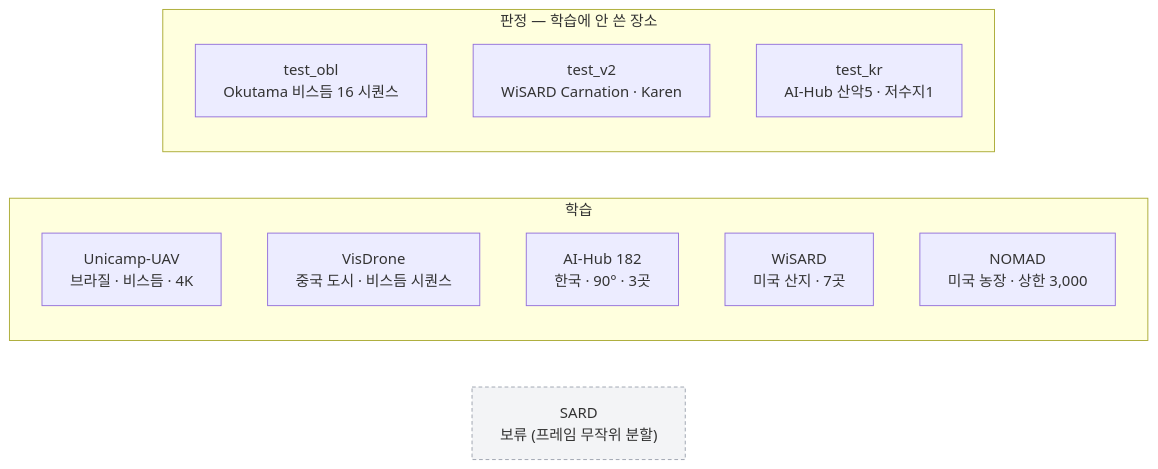
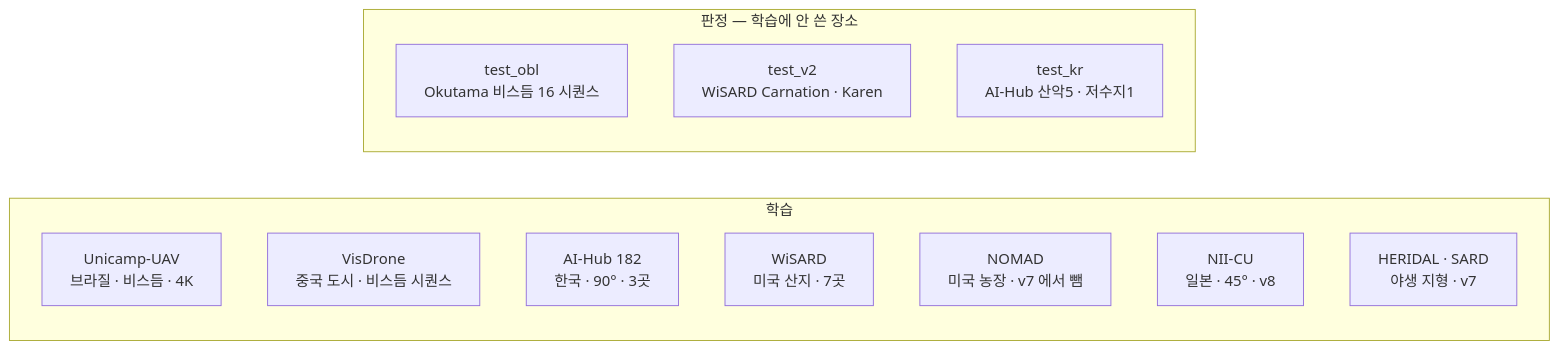
One commit to tim9985/Capstone changed the first of 2 diagrams in obsidian/02 데이터셋/_데이터셋 한눈에.md. Above: the diagram before and after it, drawn with Mermaid. The commit also changed other lines of this file and 8 other files, not shown here.

````diff
--- a/obsidian/02 데이터셋/_데이터셋 한눈에.md
+++ b/obsidian/02 데이터셋/_데이터셋 한눈에.md
@@ -11,19 +11,20 @@
 ```mermaid
 flowchart LR
     subgraph TR["학습"]
         direction TB
         U["Unicamp-UAV<br/>브라질 · 비스듬 · 4K"]
         V["VisDrone<br/>중국 도시 · 비스듬 시퀀스"]
         A["AI-Hub 182<br/>한국 · 90° · 3곳"]
         W["WiSARD<br/>미국 산지 · 7곳"]
-        N["NOMAD<br/>미국 농장 · 상한 3,000"]
+        N["NOMAD<br/>미국 농장 · v7 에서 뺌"]
+        NI["NII-CU<br/>일본 · 45° · v8"]
+        H["HERIDAL · SARD<br/>야생 지형 · v7"]
     end
     subgraph TE["판정 — 학습에 안 쓴 장소"]
         direction TB
         O["test_obl<br/>Okutama 비스듬 16 시퀀스"]
         W2["test_v2<br/>WiSARD Carnation · Karen"]
         K["test_kr<br/>AI-Hub 산악5 · 저수지1"]
     end
-    X["SARD<br/>보류 (프레임 무작위 분할)"]:::off
     classDef off fill:#f3f4f6,stroke:#9ca3af,stroke-dasharray:4 3
 ```
````
